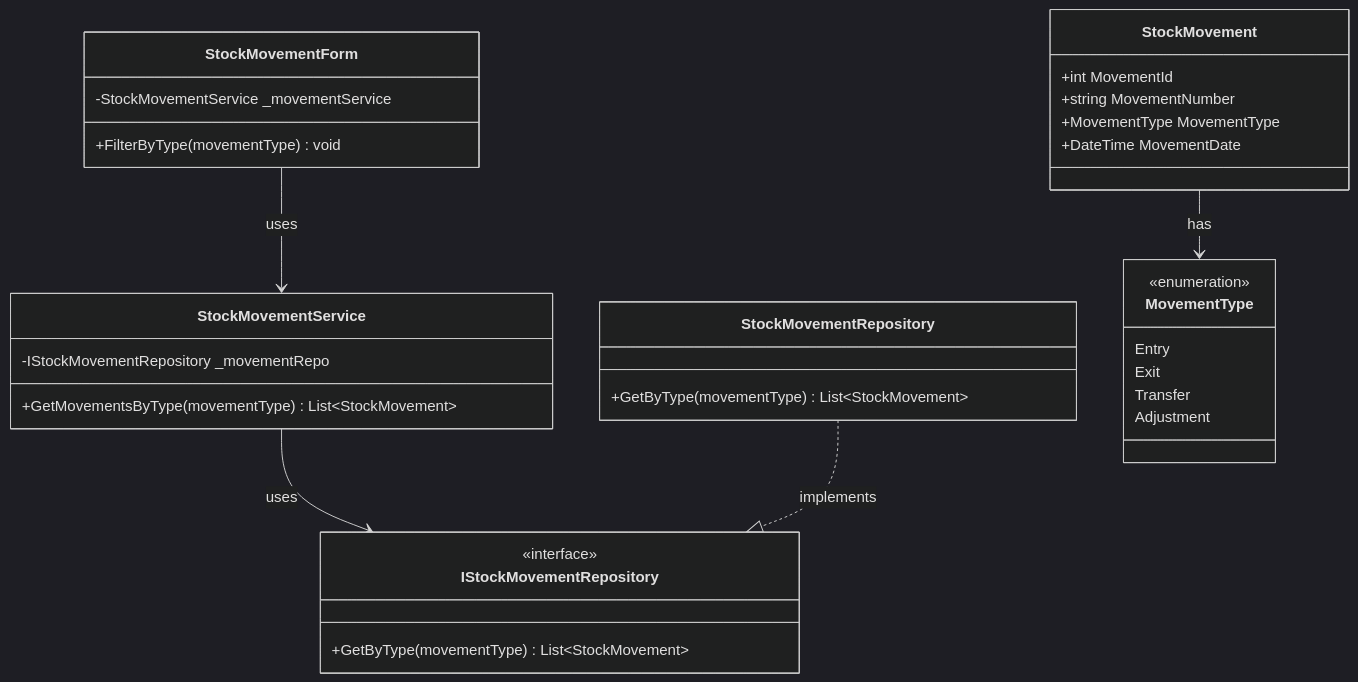
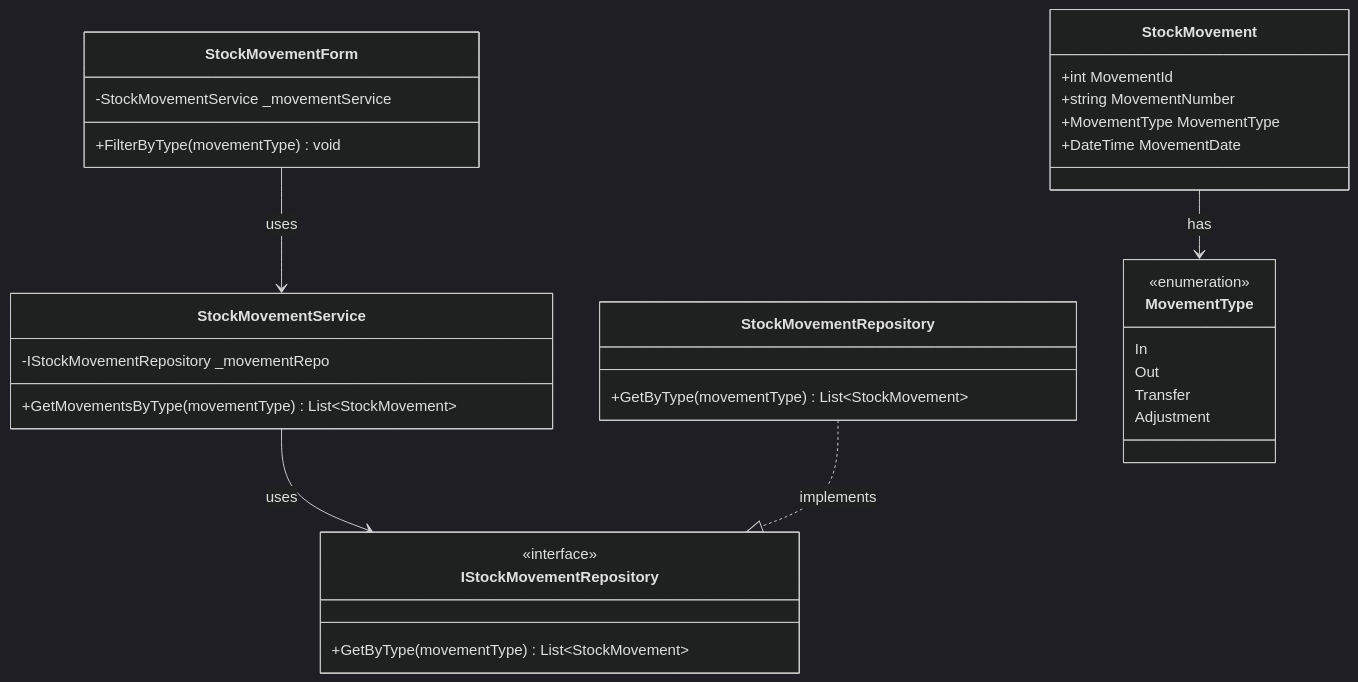
The sixth of 8 diagrams in Documentation/UML_Diagrams/07_Stock_Movement_Process_Class_Diagram.md (nahuk86/tp_diploma_nk_2026), drawn with Mermaid (dark theme) before and after one commit. The commit also changed other lines of this file and 6 other files, not shown here.

Commit message:
Update UML diagrams 01-07 to reflect actual implementation

````diff
--- a/Documentation/UML_Diagrams/07_Stock_Movement_Process_Class_Diagram.md
+++ b/Documentation/UML_Diagrams/07_Stock_Movement_Process_Class_Diagram.md
@@ -263,41 +283,41 @@
 ```mermaid
 classDiagram
     class StockMovementForm {
         -StockMovementService _movementService
         +FilterByType(movementType) void
     }
 
     class StockMovementService {
         -IStockMovementRepository _movementRepo
         +GetMovementsByType(movementType) List~StockMovement~
     }
 
     class IStockMovementRepository {
         <<interface>>
         +GetByType(movementType) List~StockMovement~
     }
 
     class StockMovementRepository {
         +GetByType(movementType) List~StockMovement~
     }
 
     class StockMovement {
         +int MovementId
         +string MovementNumber
         +MovementType MovementType
         +DateTime MovementDate
     }
 
     class MovementType {
         <<enumeration>>
-        Entry
-        Exit
+        In
+        Out
         Transfer
         Adjustment
     }
 
     StockMovementForm --> StockMovementService : uses
     StockMovementService --> IStockMovementRepository : uses
     StockMovementRepository ..|> IStockMovementRepository : implements
     StockMovement --> MovementType : has
 ```
````
